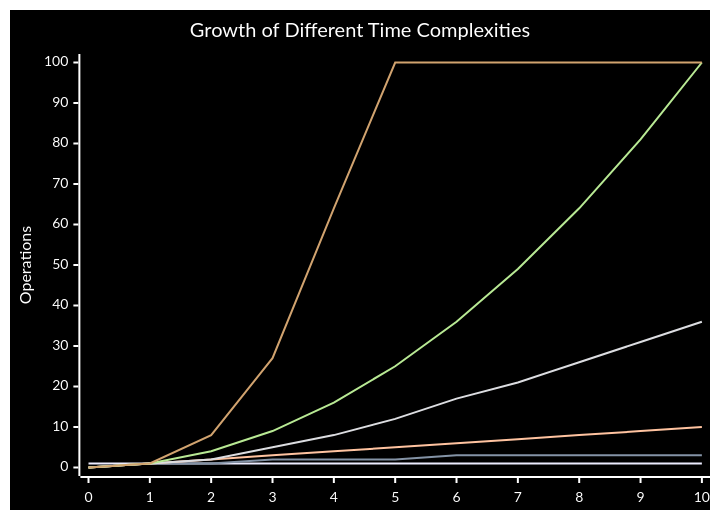
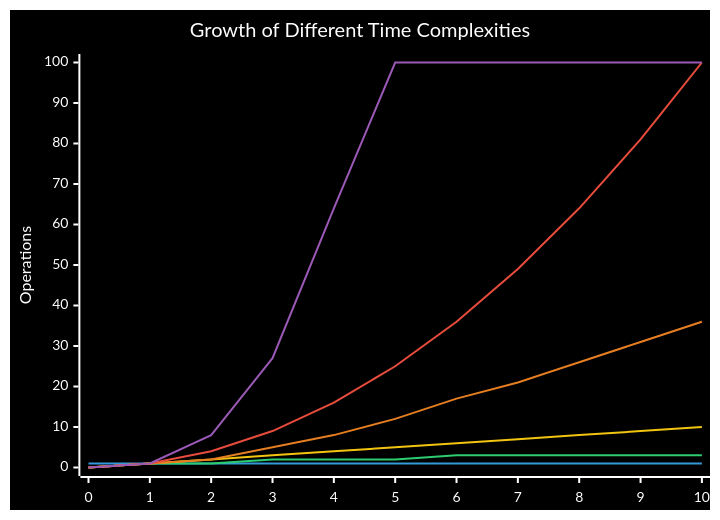
One commit to Cyberistic/Kuwait-University-Computer-Engineering-Masters-Prep-2025 changed the diagram in misc/Time Complexities & Recursion.md. Above: the diagram before and after it, drawn with Mermaid. The commit also changed other lines of this file and 1 other file, not shown here.

````diff
--- a/misc/Time Complexities & Recursion.md
+++ b/misc/Time Complexities & Recursion.md
@@ -7,13 +7,13 @@
 ```mermaid
-%%{init: { "themeVariables": { "xyChart": { "backgroundColor": "#000000", "titleColor": "#FFFFFF", "xAxisLabelColor": "#FFFFFF", "xAxisTitleColor": "#FFFFFF", "xAxisTickColor": "#FFFFFF", "xAxisLineColor": "#FFFFFF", "yAxisLabelColor": "#FFFFFF", "yAxisTitleColor": "#FFFFFF", "yAxisTickColor": "#FFFFFF", "yAxisLineColor": "#FFFFFF" } } }}%%
+%%{init: { "themeVariables": { "xyChart": { "backgroundColor": "#000000", "titleColor": "#FFFFFF", "xAxisLabelColor": "#FFFFFF", "xAxisTitleColor": "#FFFFFF", "xAxisTickColor": "#FFFFFF", "xAxisLineColor": "#FFFFFF", "yAxisLabelColor": "#FFFFFF", "yAxisTitleColor": "#FFFFFF", "yAxisTickColor": "#FFFFFF", "yAxisLineColor": "#FFFFFF", "plotColorPalette": "#3498db, #2ecc71, #f1c40f, #e67e22, #e74c3c, #9b59b6" } } }}%%
 xychart-beta
     title "Growth of Different Time Complexities"
     x-axis [0, 1, 2, 3, 4, 5, 6, 7, 8, 9, 10]
     y-axis "Operations" 0 --> 100
     line [1, 1, 1, 1, 1, 1, 1, 1, 1, 1, 1]
     line [0, 1, 1, 2, 2, 2, 3, 3, 3, 3, 3]
     line [0, 1, 2, 3, 4, 5, 6, 7, 8, 9, 10]
     line [0, 1, 2, 5, 8, 12, 17, 21, 26, 31, 36]
     line "hi" [0, 1, 4, 9, 16, 25, 36, 49, 64, 81, 100]
     line [0, 1, 8, 27, 64, 100, 100, 100, 100, 100, 100]
 ```
````
